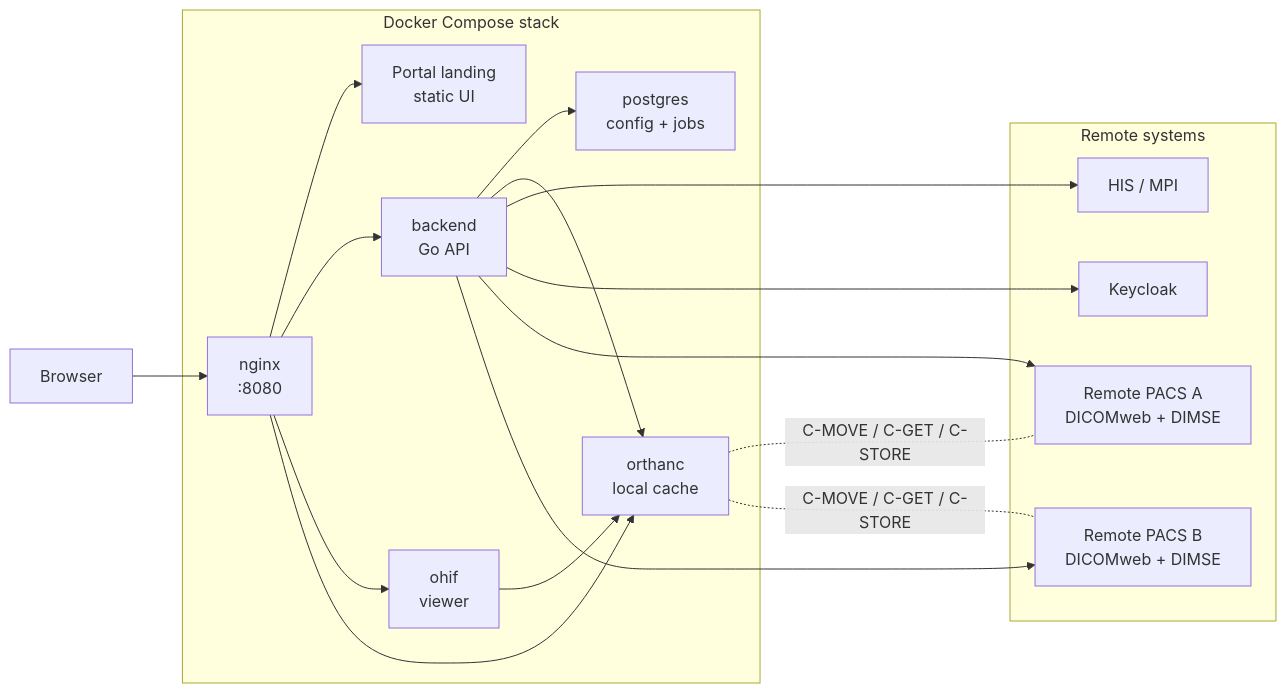
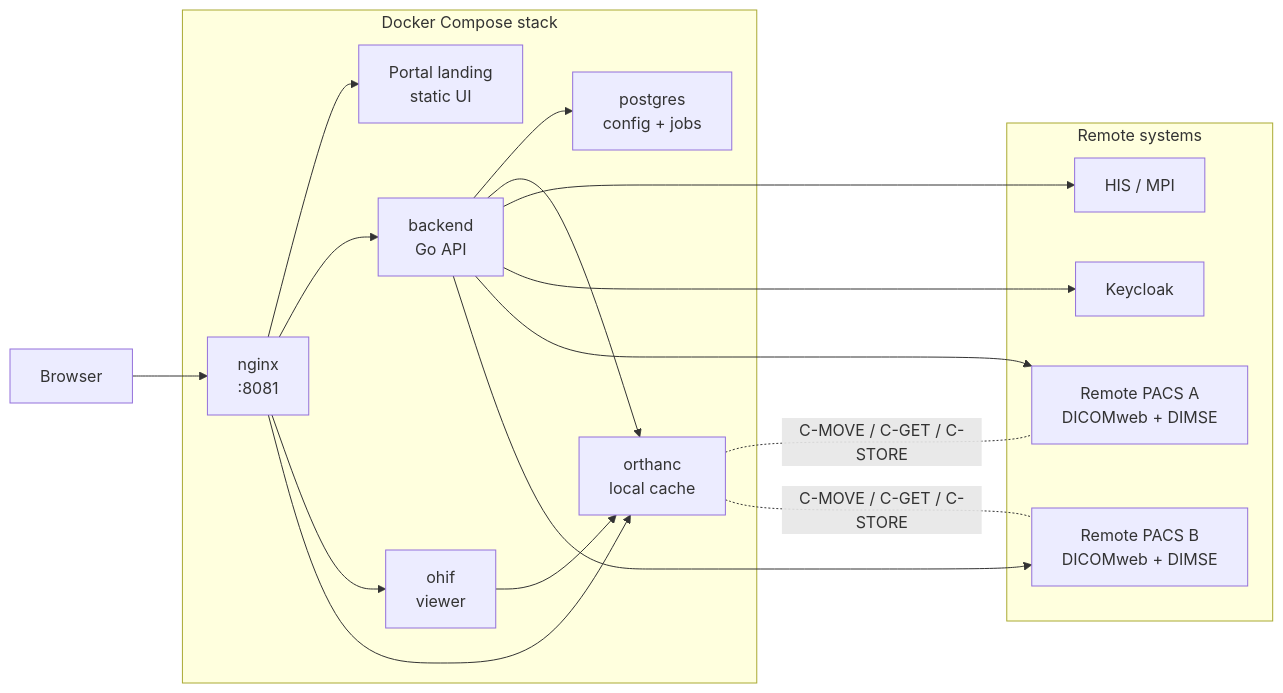
One commit to Pela2silveira/portal-dicom changed the diagram in README.md. Above: the diagram before and after it, drawn with Mermaid. The commit also changed other lines of this file and 7 other files, not shown here.

````diff
--- a/README.md
+++ b/README.md
@@ -35,37 +35,37 @@
 ```mermaid
 flowchart LR
     User[Browser]
 
     subgraph Local["Docker Compose stack"]
-        Nginx["nginx\n:8080"]
+        Nginx["nginx\n:8081"]
         Landing["Portal landing\nstatic UI"]
         Backend["backend\nGo API"]
         OHIF["ohif\nviewer"]
         Orthanc["orthanc\nlocal cache"]
         Postgres["postgres\nconfig + jobs"]
     end
 
     subgraph Remote["Remote systems"]
         RemotePACS1["Remote PACS A\nDICOMweb + DIMSE"]
         RemotePACS2["Remote PACS B\nDICOMweb + DIMSE"]
         HIS["HIS / MPI"]
         Keycloak["Keycloak"]
     end
 
     User --> Nginx
     Nginx --> Landing
     Nginx --> Backend
     Nginx --> OHIF
     Nginx --> Orthanc
 
     Backend --> Postgres
     Backend --> Orthanc
     Backend --> HIS
     Backend --> Keycloak
     Backend --> RemotePACS1
     Backend --> RemotePACS2
 
     OHIF --> Orthanc
     Orthanc -. C-MOVE / C-GET / C-STORE .- RemotePACS1
     Orthanc -. C-MOVE / C-GET / C-STORE .- RemotePACS2
 ```
````
